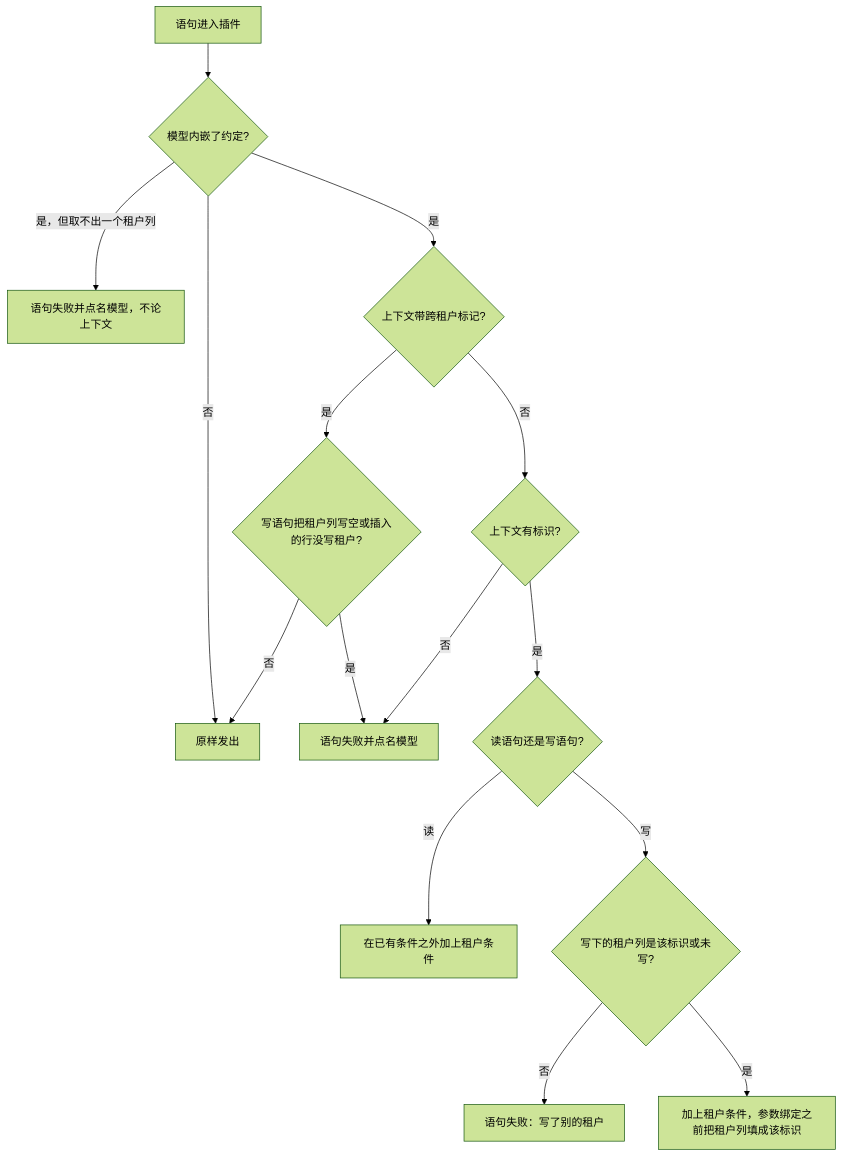
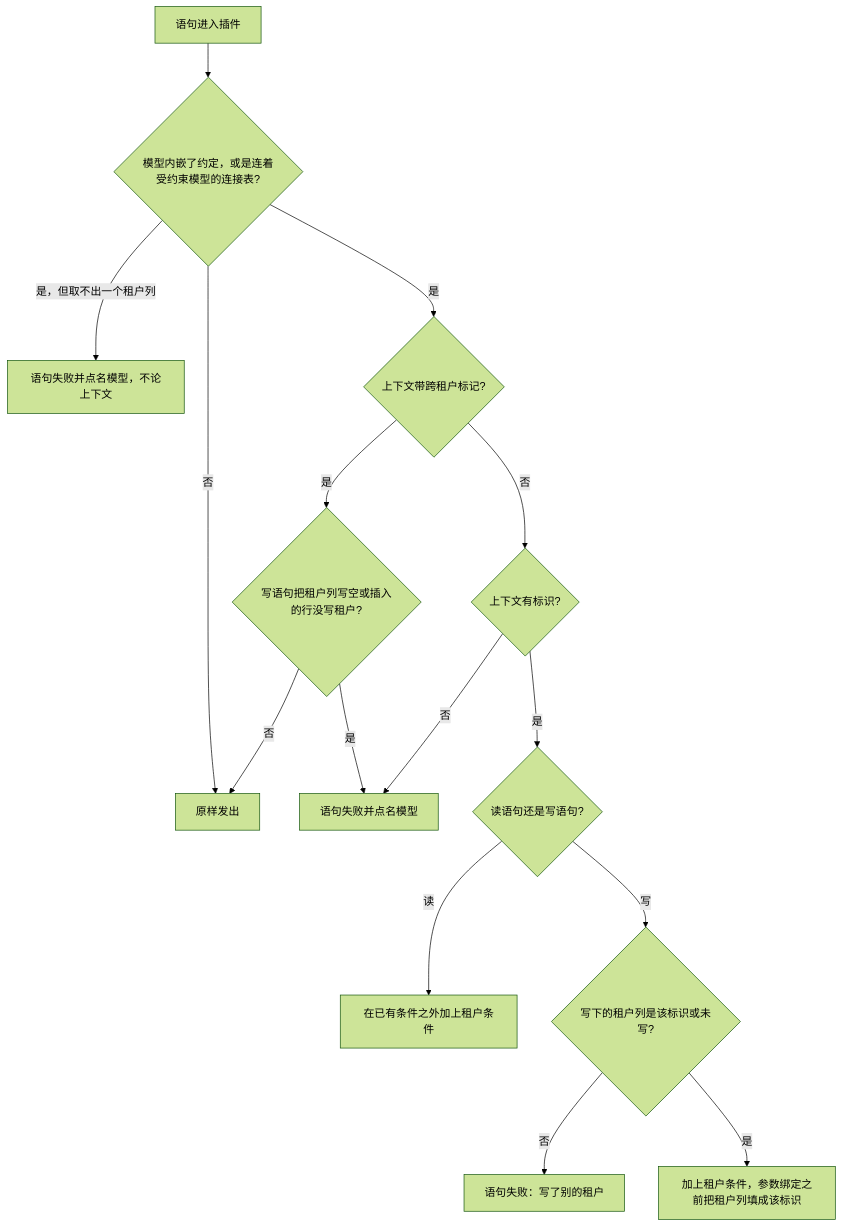
Before and after one commit to wangzw/speed: the fourth of 4 diagrams in docs/design/modules/design-tenant.md, drawn with Mermaid (forest theme). The commit also changed other lines of this file and 8 other files, not shown here.

````diff
--- a/docs/design/modules/design-tenant.md
+++ b/docs/design/modules/design-tenant.md
@@ -433,17 +451,17 @@
 ```mermaid
 flowchart TD
-    A[语句进入插件] --> B{模型内嵌了约定?}
+    A[语句进入插件] --> B{模型内嵌了约定，或是连着受约束模型的连接表?}
     B -- 否 --> Z[原样发出]
     B -- 是，但取不出一个租户列 --> U[语句失败并点名模型，不论上下文]
     B -- 是 --> C{上下文带跨租户标记?}
     C -- 是 --> X{写语句把租户列写空或插入的行没写租户?}
     X -- 否 --> Z
     X -- 是 --> H
     C -- 否 --> D{上下文有标识?}
     D -- 否 --> H[语句失败并点名模型]
     D -- 是 --> E{读语句还是写语句?}
     E -- 读 --> F[在已有条件之外加上租户条件]
     E -- 写 --> W{写下的租户列是该标识或未写?}
     W -- 否 --> M[语句失败：写了别的租户]
     W -- 是 --> G[加上租户条件，参数绑定之前把租户列填成该标识]
 ```
````
